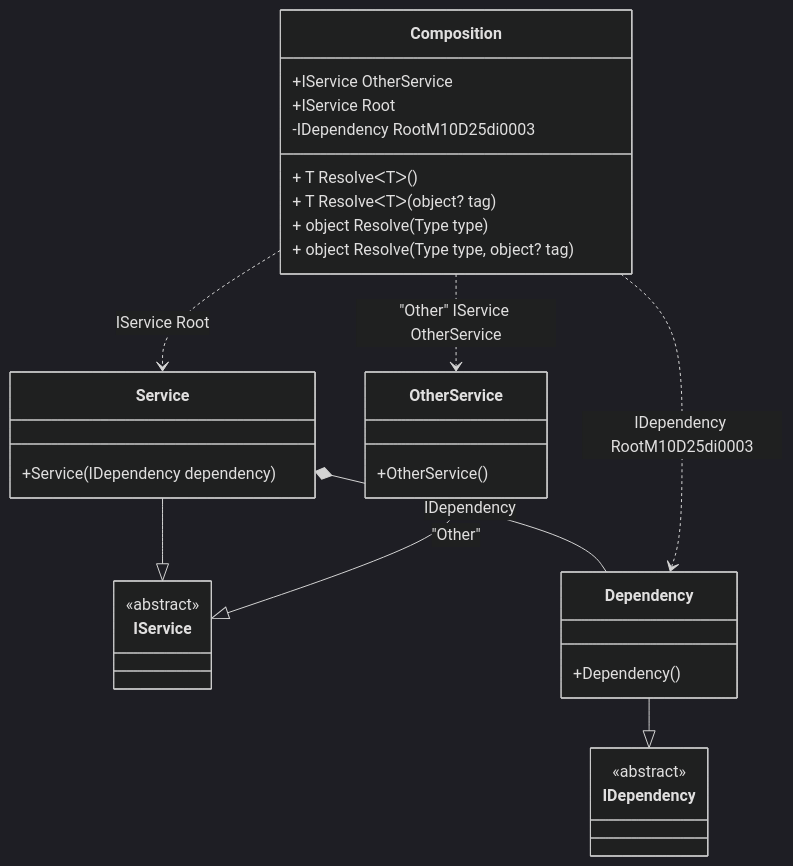
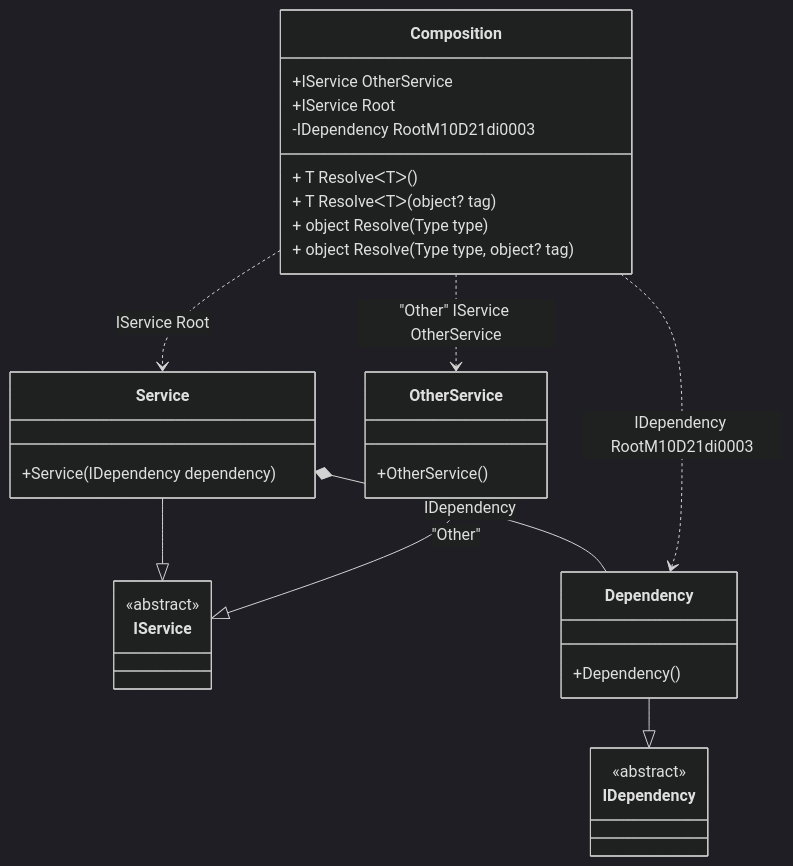
The diagram in readme/composition-roots.md (DevTeam/Pure.DI), drawn with Mermaid (dark theme) before and after one commit. The commit also changed other lines of this file and 82 other files, not shown here.

````diff
--- a/readme/composition-roots.md
+++ b/readme/composition-roots.md
@@ -45,34 +45,34 @@
 ```mermaid
 classDiagram
   class Composition {
     +IService OtherService
     +IService Root
-    -IDependency RootM10D25di0003
+    -IDependency RootM10D21di0003
     + T ResolveᐸTᐳ()
     + T ResolveᐸTᐳ(object? tag)
     + object Resolve(Type type)
     + object Resolve(Type type, object? tag)
   }
   Service --|> IService : 
   class Service {
     +Service(IDependency dependency)
   }
   OtherService --|> IService : "Other" 
   class OtherService {
     +OtherService()
   }
   Dependency --|> IDependency : 
   class Dependency {
     +Dependency()
   }
   class IService {
     <<abstract>>
   }
   class IDependency {
     <<abstract>>
   }
   Service *--  Dependency : IDependency
   Composition ..> Service : IService Root
   Composition ..> OtherService : "Other" IService OtherService
-  Composition ..> Dependency : IDependency RootM10D25di0003
+  Composition ..> Dependency : IDependency RootM10D21di0003
 ```
````
